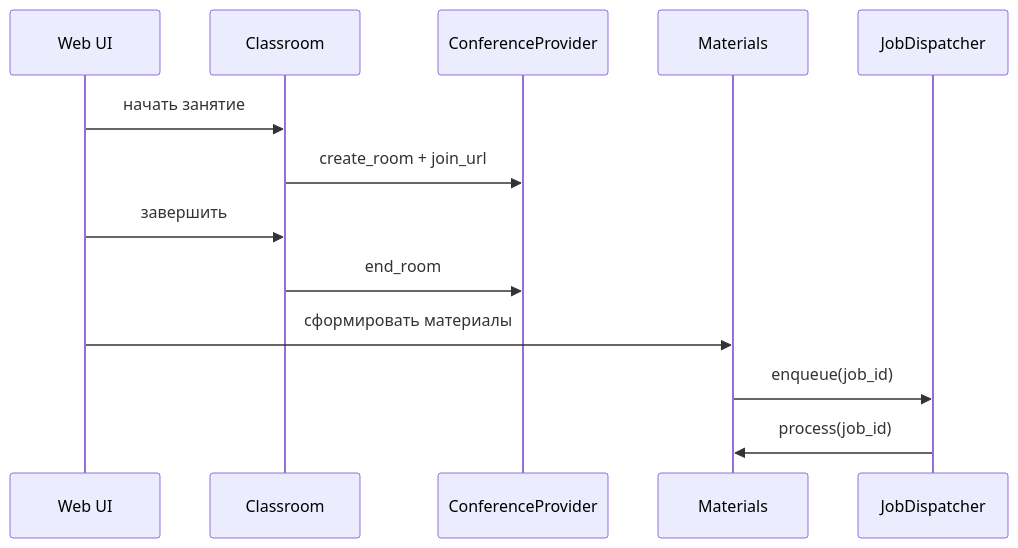
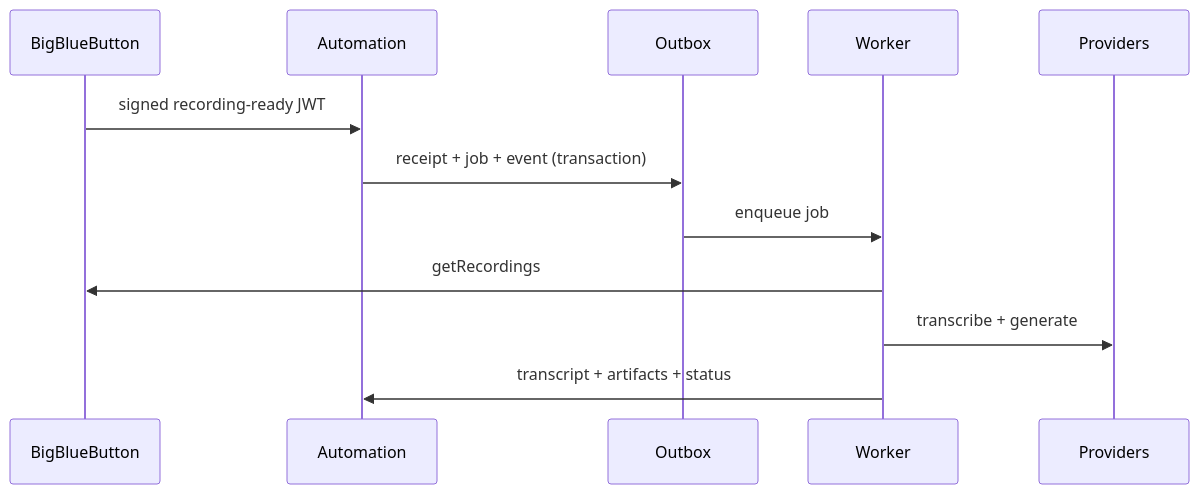
Before and after one commit to ArtemLevin/tutor-assistant-web: the second of 4 diagrams in docs/architecture.md, drawn with Mermaid. The commit also changed other lines of this file and 37 other files, not shown here.

````diff
--- a/docs/architecture.md
+++ b/docs/architecture.md
@@ -47,16 +52,15 @@
 ```mermaid
 sequenceDiagram
-    participant UI as Web UI
-    participant C as Classroom
-    participant P as ConferenceProvider
-    participant M as Materials
-    participant W as JobDispatcher
+    participant BBB as BigBlueButton
+    participant A as Automation
+    participant O as Outbox
+    participant W as Worker
+    participant AI as Providers
 
-    UI->>C: начать занятие
-    C->>P: create_room + join_url
-    UI->>C: завершить
-    C->>P: end_room
-    UI->>M: сформировать материалы
-    M->>W: enqueue(job_id)
-    W->>M: process(job_id)
+    BBB->>A: signed recording-ready JWT
+    A->>O: receipt + job + event (transaction)
+    O->>W: enqueue job
+    W->>BBB: getRecordings
+    W->>AI: transcribe + generate
+    W->>A: transcript + artifacts + status
 ```
````
